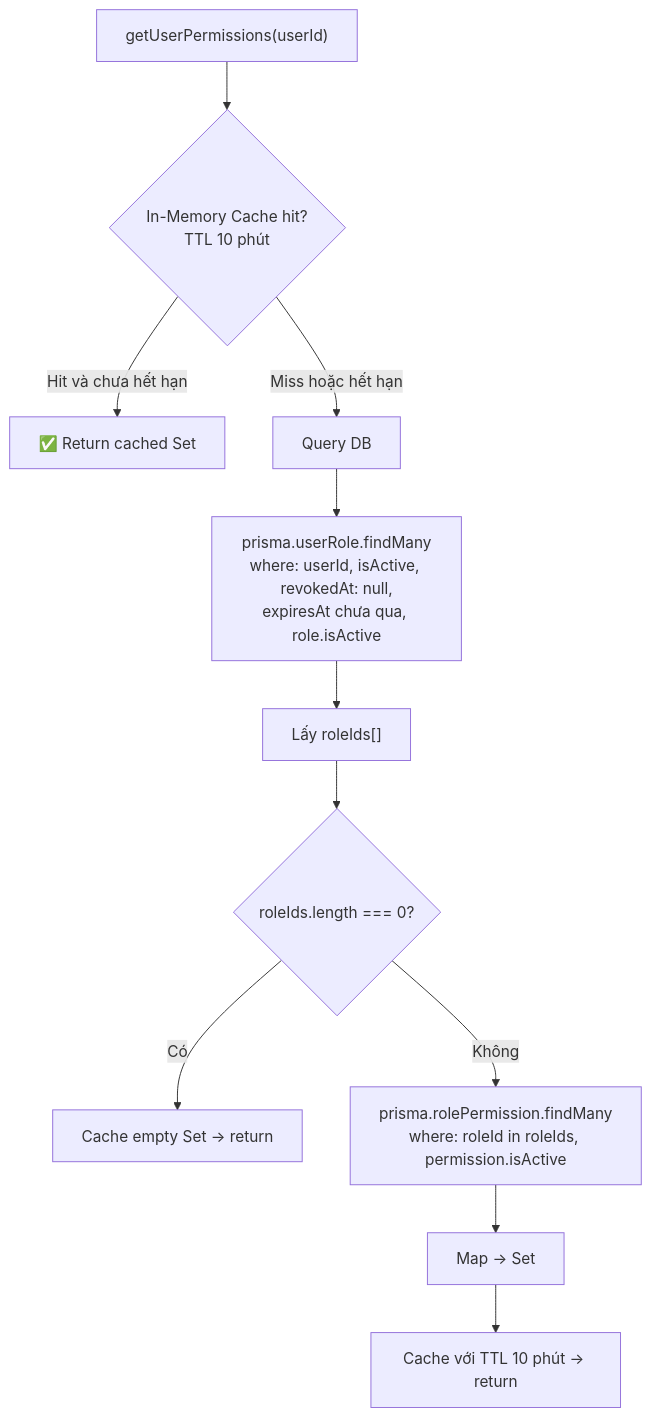
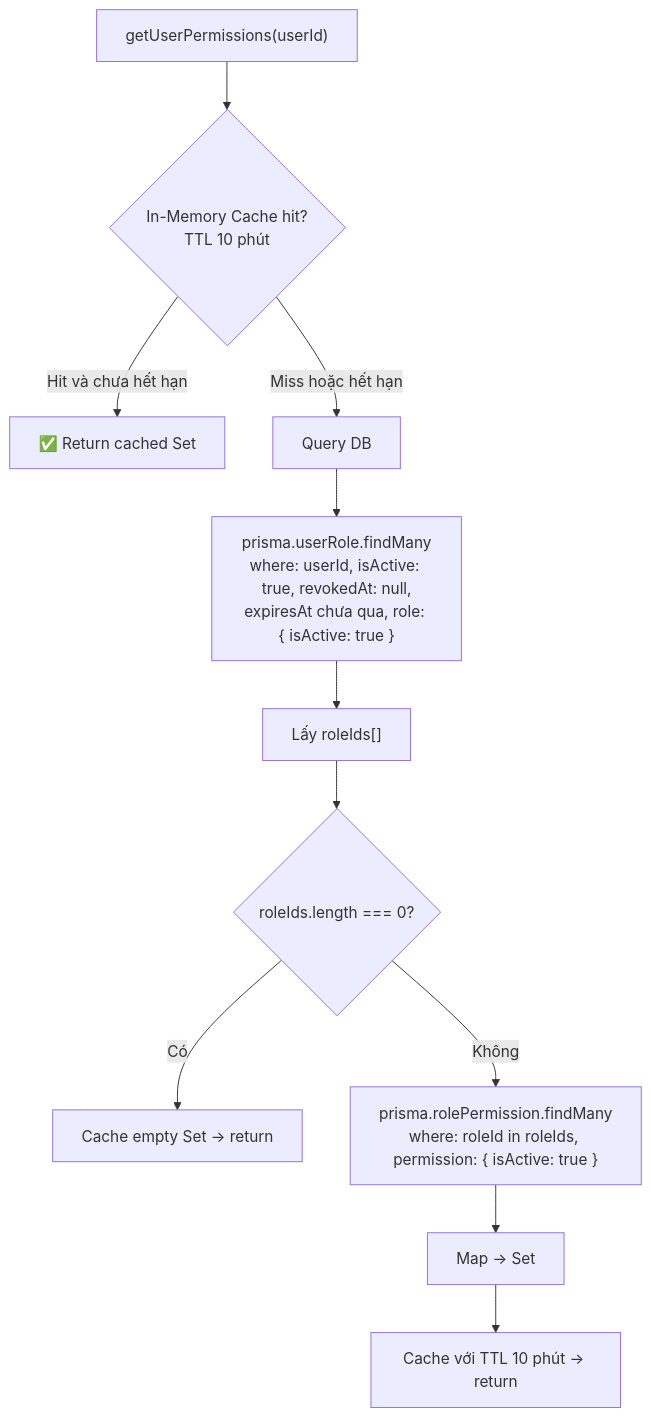
Before and after one commit to hungdinh-dev/logix: the eighth of 11 diagrams in doc/07-workflow/Auth_and_RBAC_Workflow.md, drawn with Mermaid. The commit also changed other lines of this file, not shown here.

````diff
--- a/doc/07-workflow/Auth_and_RBAC_Workflow.md
+++ b/doc/07-workflow/Auth_and_RBAC_Workflow.md
@@ -492,13 +570,13 @@
 ```mermaid
 flowchart TD
     A["getUserPermissions(userId)"] --> B{"In-Memory Cache hit?<br/>TTL 10 phút"}
-    B -->|Hit và chưa hết hạn| C["✅ Return cached Set<string>"]
+    B -->|Hit và chưa hết hạn| C["✅ Return cached Set<permissionCode>"]
     B -->|Miss hoặc hết hạn| D["Query DB"]
-    D --> E["prisma.userRole.findMany<br/>where: userId, isActive, revokedAt: null,<br/>expiresAt chưa qua, role.isActive"]
+    D --> E["prisma.userRole.findMany<br/>where: userId, isActive: true, revokedAt: null,<br/>expiresAt chưa qua, role: { isActive: true }"]
     E --> F["Lấy roleIds[]"]
     F --> G{"roleIds.length === 0?"}
     G -->|Có| H["Cache empty Set → return"]
-    G -->|Không| I["prisma.rolePermission.findMany<br/>where: roleId in roleIds, permission.isActive"]
+    G -->|Không| I["prisma.rolePermission.findMany<br/>where: roleId in roleIds, permission: { isActive: true }"]
     I --> J["Map → Set<permissionCode>"]
     J --> K["Cache với TTL 10 phút → return"]
 ```
````
